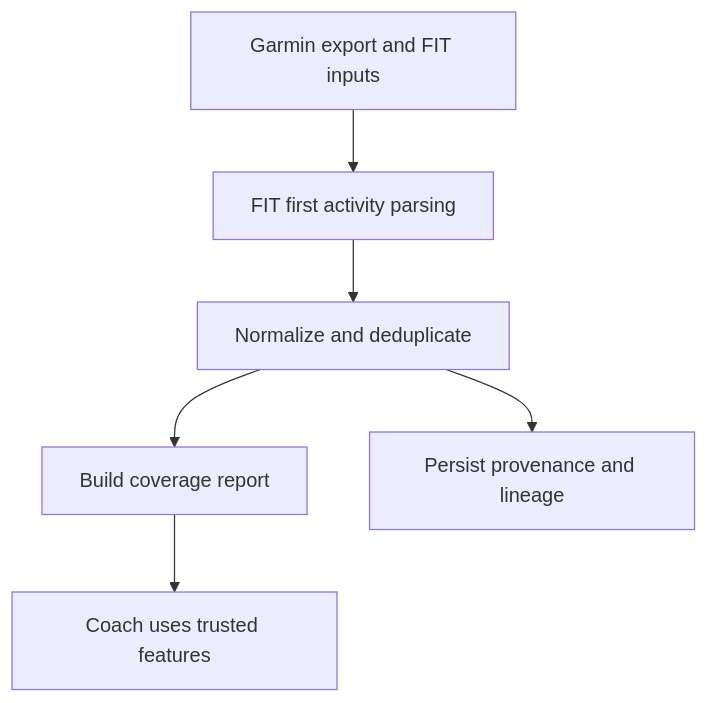
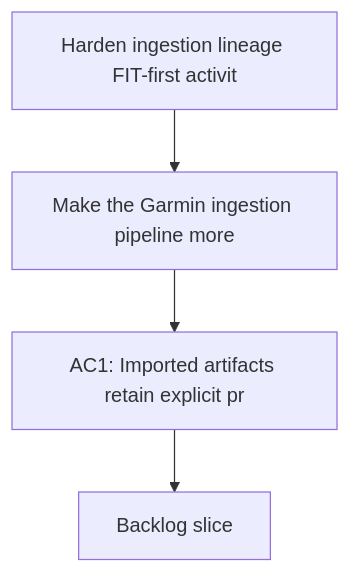
Before and after one commit to Jilanos/Coach_garmin: the diagram in logics/request/req_007_harden_ingestion_lineage_fit_first_activity_parsing_and_coaching_feature_coverage_reporting.md, drawn with Mermaid. The commit also changed other lines of this file and 86 other files, not shown here.

Commit message:
Harden chart UX and UTF-8 handling

````diff
--- a/logics/request/req_007_harden_ingestion_lineage_fit_first_activity_parsing_and_coaching_feature_coverage_reporting.md
+++ b/logics/request/req_007_harden_ingestion_lineage_fit_first_activity_parsing_and_coaching_feature_coverage_reporting.md
@@ -24,10 +24,8 @@
 ```mermaid
 %% logics-kind: request
 %% logics-signature: request|harden-ingestion-lineage-fit-first-activ|make-the-garmin-ingestion-pipeline-more|ac1-imported-artifacts-retain-explicit-p
 flowchart TD
-    Source[Garmin export and FIT inputs] --> Parse[FIT first activity parsing]
-    Parse --> Normalize[Normalize and deduplicate]
-    Normalize --> Coverage[Build coverage report]
-    Coverage --> Coach[Coach uses trusted features]
-    Normalize --> Lineage[Persist provenance and lineage]
+    Trigger[Harden ingestion lineage FIT-first activit] --> Need[Make the Garmin ingestion pipeline more]
+    Need --> Outcome[AC1: Imported artifacts retain explicit pr]
+    Outcome --> Backlog[Backlog slice]
 ```
````
